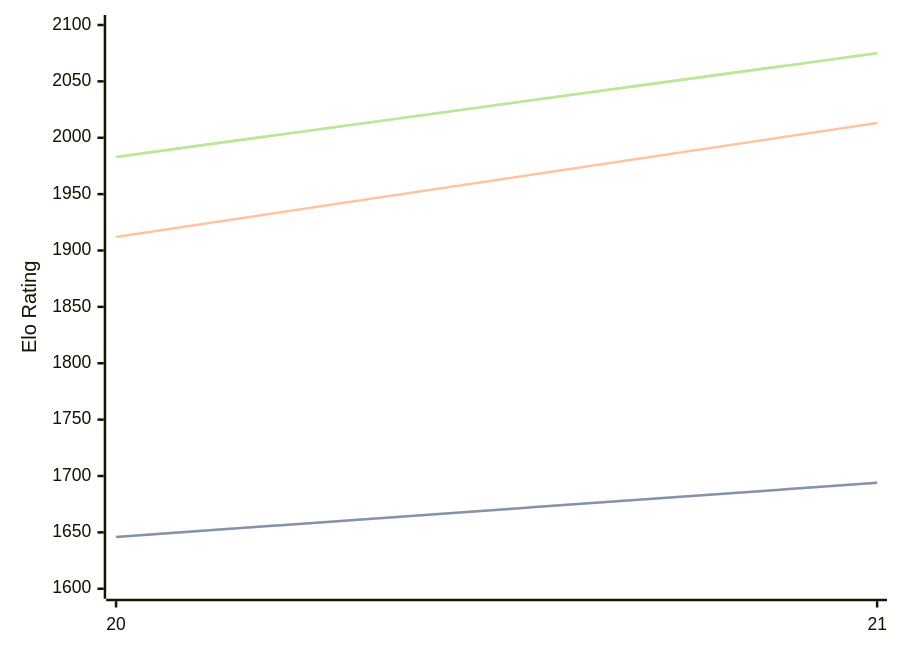
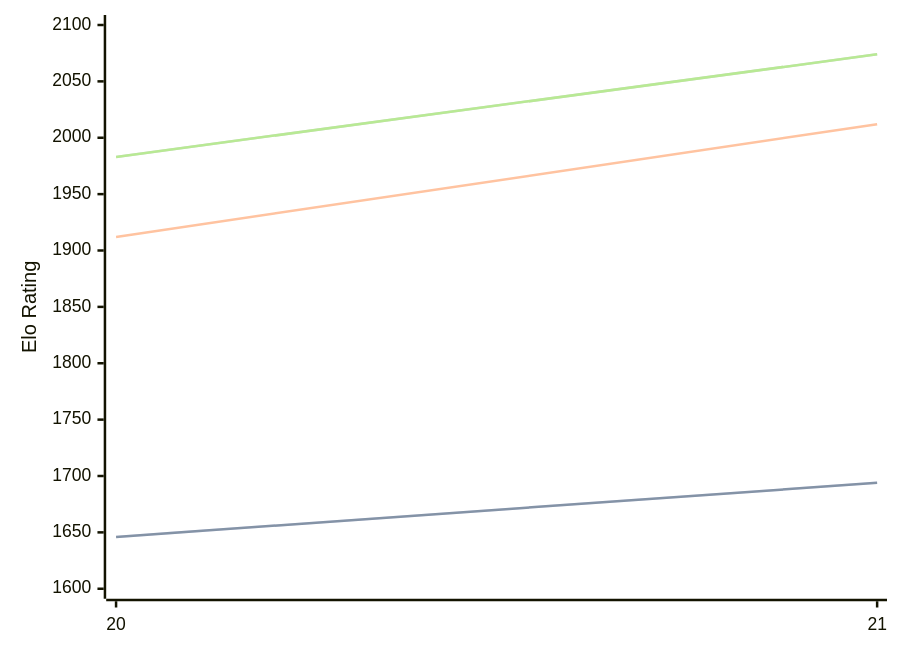
Before and after one commit to computer-chess-index/cci: the diagram in engines/PurplePanda.md, drawn with Mermaid. The commit also changed other lines of this file, not shown here.

Commit message:
Update CCI Ratings (ELO VLTC) - 2026-09-11

````diff
--- a/engines/PurplePanda.md
+++ b/engines/PurplePanda.md
@@ -32,11 +32,11 @@
 ```mermaid
 %%{init: {"theme":"base","themeVariables":{"seriesColors:['#a3a3a3','#222221','#faa371']}}}%%
 xychart-beta
   x-axis ["20", "21"]
   y-axis "Elo Rating" 1600 --> 2100
   line "" [1646, 1694]
   line "STC (8.0+0.08s)" [1646, 1694]
-  line "LTC (60.0+0.60s)" [1912, 2013]
-  line "" [1983, 2075]
-  line "VLTC (2m24s+1.12s)" [1983, 2075]
+  line "LTC (60.0+0.60s)" [1912, 2012]
+  line "" [1983, 2074]
+  line "VLTC (2m24s+1.12s)" [1983, 2074]
 ```
````
